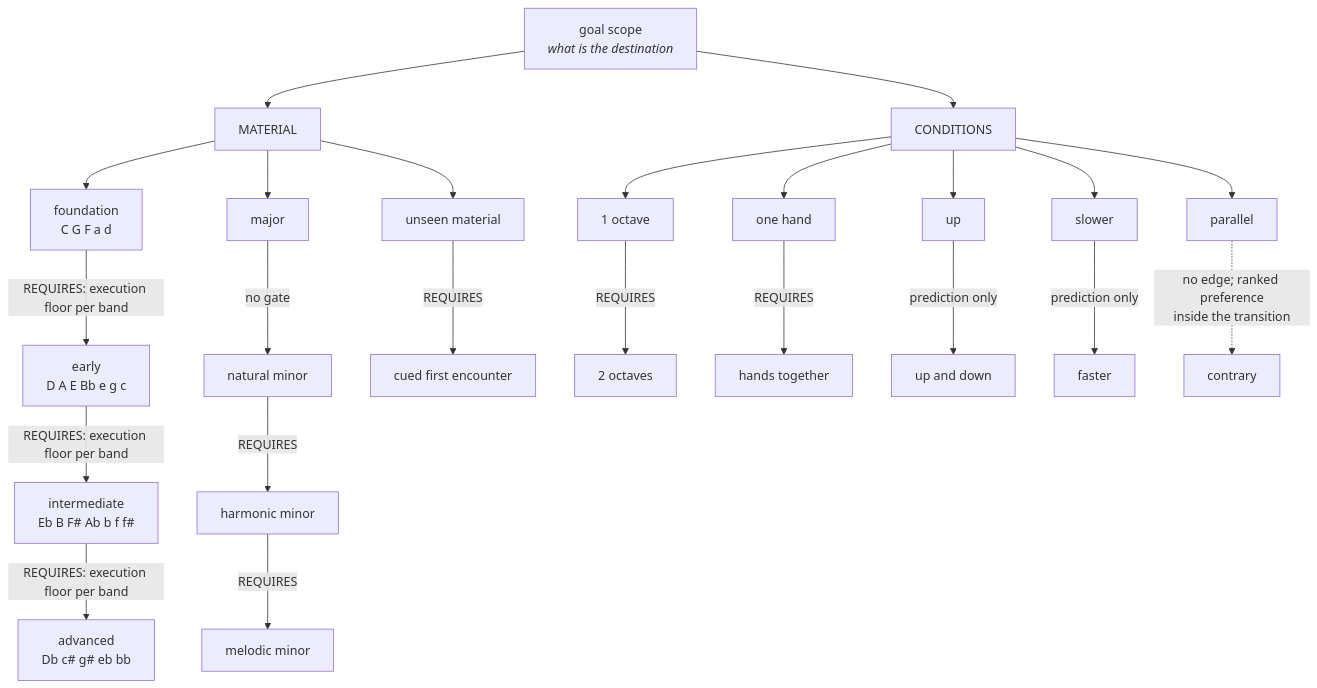
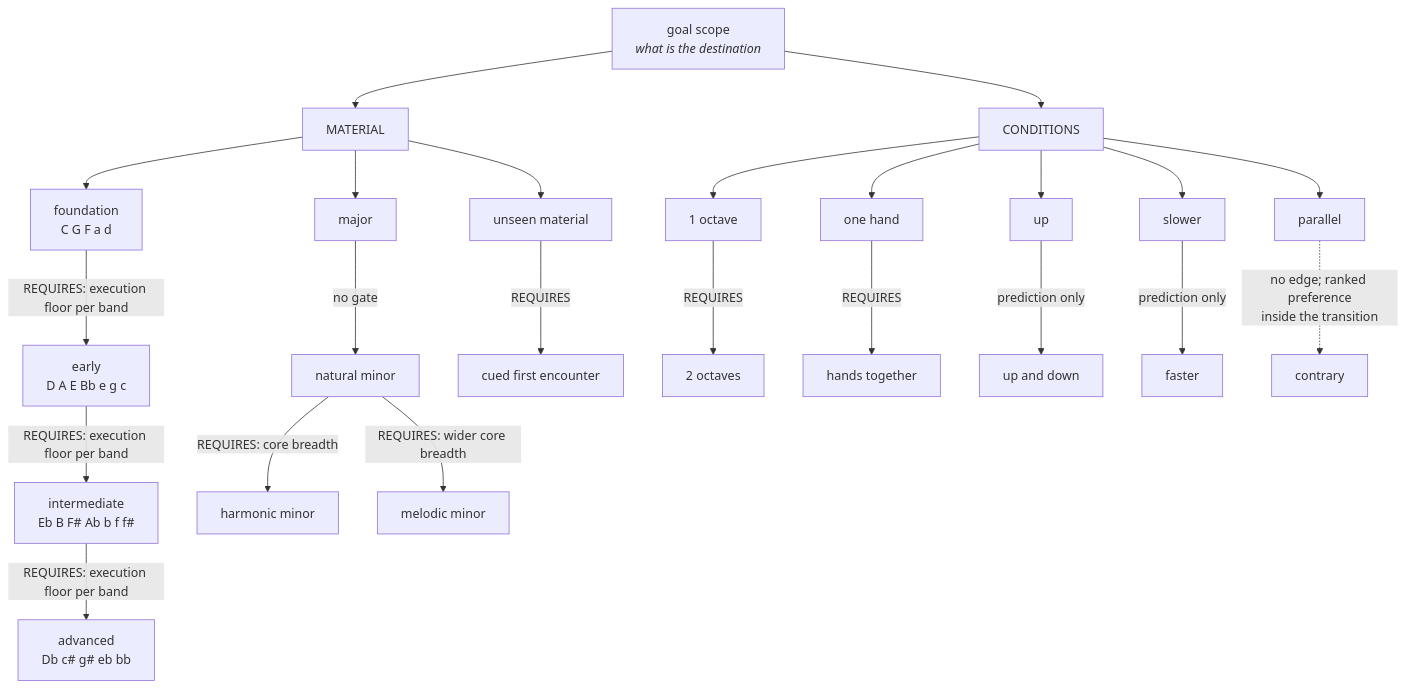
The diagram in docs/decisions/curriculum-and-progression.md (EarthmanMuons/keyrecall), drawn with Mermaid before and after one commit. The commit also changed other lines of this file and 2 other files, not shown here.

First line of the commit message:
Bring the minor-form and arpeggio docs up to the code

````diff
--- a/docs/decisions/curriculum-and-progression.md
+++ b/docs/decisions/curriculum-and-progression.md
@@ -34,33 +34,33 @@
 ```mermaid
 flowchart TD
     G["goal scope<br/><i>what is the destination</i>"] --> M[MATERIAL]
     G --> C[CONDITIONS]
 
     M --> B1["foundation<br/>C G F a d"]
     B1 -->|"REQUIRES: execution floor per band"| B2["early<br/>D A E Bb e g c"]
     B2 -->|"REQUIRES: execution floor per band"| B3["intermediate<br/>Eb B F# Ab b f f#"]
     B3 -->|"REQUIRES: execution floor per band"| B4["advanced<br/>Db c# g# eb bb"]
 
     M --> F1[major]
     F1 -->|no gate| F2[natural minor]
-    F2 -->|REQUIRES| F3[harmonic minor]
-    F3 -->|REQUIRES| F4[melodic minor]
+    F2 -->|"REQUIRES: core breadth"| F3[harmonic minor]
+    F2 -->|"REQUIRES: wider core breadth"| F4[melodic minor]
 
     M --> E1[unseen material]
     E1 -->|REQUIRES| E2[cued first encounter]
 
     C --> O1[1 octave]
     O1 -->|REQUIRES| O2[2 octaves]
 
     C --> H1[one hand]
     H1 -->|REQUIRES| H2[hands together]
 
     C --> D1[up]
     D1 -->|prediction only| D2[up and down]
 
     C --> T1[slower]
     T1 -->|prediction only| T2[faster]
 
     C --> P1[parallel]
     P1 -.->|"no edge; ranked preference<br/>inside the transition"| P2[contrary]
 ```
````
